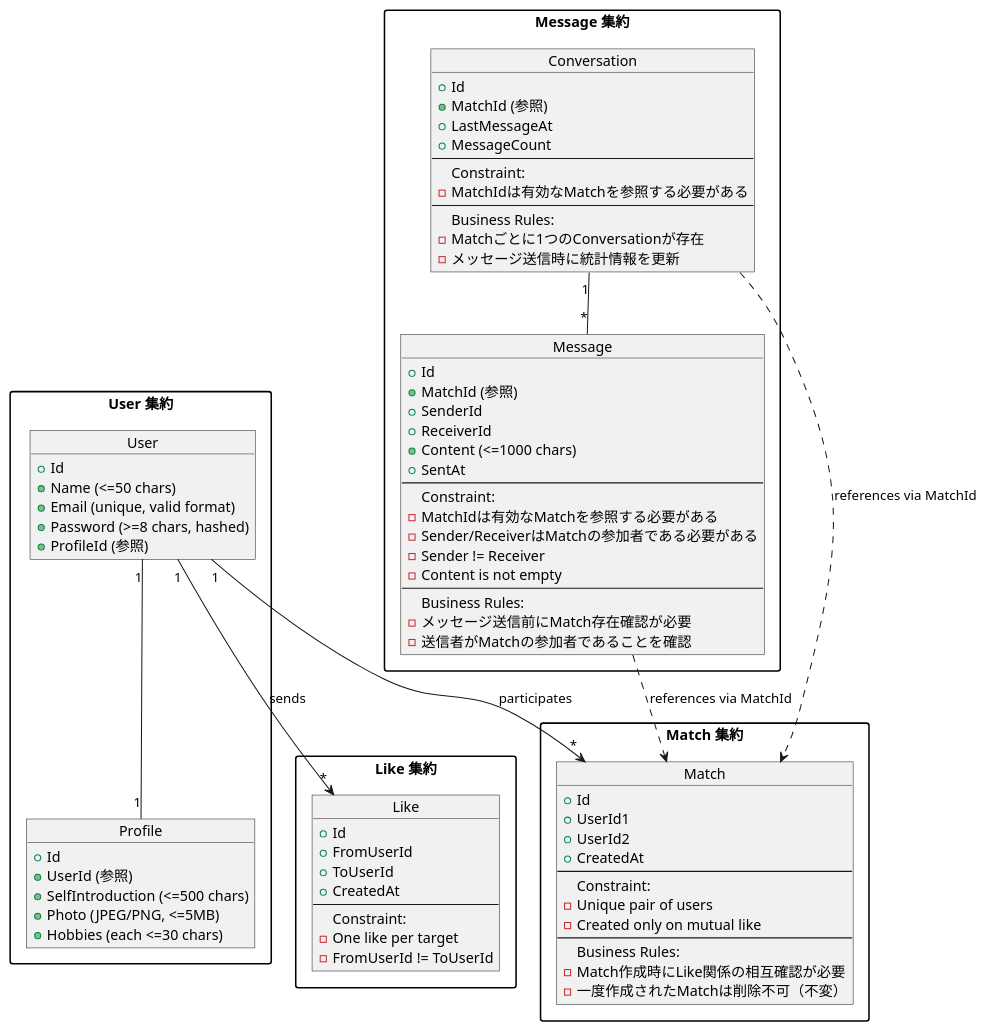
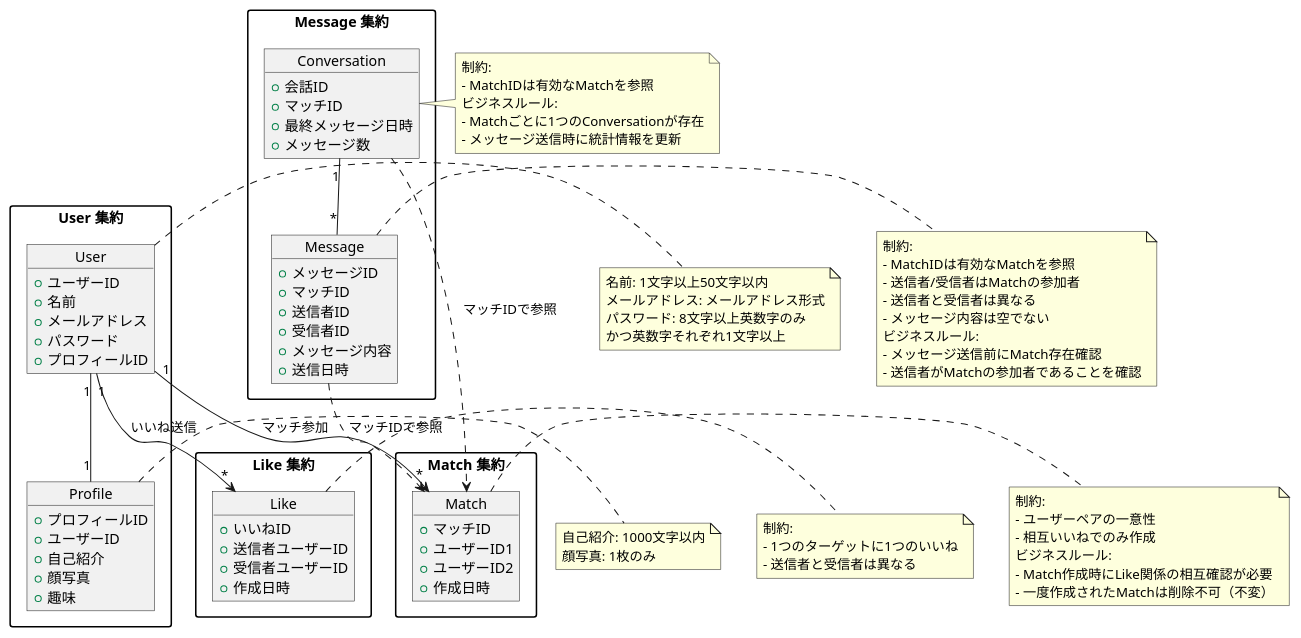
The diagram in docs/domain-model.pu (TakayukiHirano117/rails-matching-app-sample-ddd), drawn with PlantUML before and after one commit. The commit also changed 1 other file, not shown here.

Commit message:
[Update]ドメインモデル図の制約をnoteに分離

```diff
--- a/docs/domain-model.pu
+++ b/docs/domain-model.pu
@@ -1,101 +1,119 @@
 @startuml model
 skinparam packageStyle rectangle
 
 package "User 集約" {
   object User {
-    +Id
-    +Name (<=50 chars)
-    +Email (unique, valid format)
-    +Password (>=8 chars, hashed)
-    +ProfileId (参照)
+    +ユーザーID
+    +名前
+    +メールアドレス
+    +パスワード
+    +プロフィールID
   }
 
   object Profile {
-    +Id
-    +UserId (参照)
-    +SelfIntroduction (<=500 chars)
-    +Photo (JPEG/PNG, <=5MB)
-    +Hobbies (each <=30 chars)
+    +プロフィールID
+    +ユーザーID
+    +自己紹介
+    +顔写真
+    +趣味
   }
 
   User "1" -- "1" Profile
 }
 
 package "Like 集約" {
   object Like {
-    +Id
-    +FromUserId
-    +ToUserId
-    +CreatedAt
-    --
-    Constraint:
-    - One like per target
-    - FromUserId != ToUserId
+    +いいねID
+    +送信者ユーザーID
+    +受信者ユーザーID
+    +作成日時
   }
 }
 
 package "Match 集約" {
   object Match {
-    +Id
-    +UserId1
-    +UserId2
-    +CreatedAt
-    --
-    Constraint:
-    - Unique pair of users
-    - Created only on mutual like
-    --
-    Business Rules:
-    - Match作成時にLike関係の相互確認が必要
-    - 一度作成されたMatchは削除不可（不変）
+    +マッチID
+    +ユーザーID1
+    +ユーザーID2
+    +作成日時
   }
 }
 
 package "Message 集約" {
   object Message {
-    +Id
-    +MatchId (参照)
-    +SenderId
-    +ReceiverId
-    +Content (<=1000 chars)
-    +SentAt
-    --
-    Constraint:
-    - MatchIdは有効なMatchを参照する必要がある
-    - Sender/ReceiverはMatchの参加者である必要がある
-    - Sender != Receiver
-    - Content is not empty
-    --
-    Business Rules:
-    - メッセージ送信前にMatch存在確認が必要
-    - 送信者がMatchの参加者であることを確認
+    +メッセージID
+    +マッチID
+    +送信者ID
+    +受信者ID
+    +メッセージ内容
+    +送信日時
   }
 
   object Conversation {
-    +Id
-    +MatchId (参照)
-    +LastMessageAt
-    +MessageCount
-    --
-    Constraint:
-    - MatchIdは有効なMatchを参照する必要がある
-    --
-    Business Rules:
-    - Matchごとに1つのConversationが存在
-    - メッセージ送信時に統計情報を更新
+    +会話ID
+    +マッチID
+    +最終メッセージ日時
+    +メッセージ数
   }
 
   Conversation "1" -- "*" Message
 }
 
 ' 集約間の関係（DDDの原則に従い、直接的な関連は避ける）
-User "1" --> "*" Like : sends
-User "1" --> "*" Match : participates
+User "1" --> "*" Like : いいね送信
+User "1" --> "*" Match : マッチ参加
 
 ' Message集約はMatchIdを通じてMatch集約を参照（弱い関連）
-Message ..> Match : references via MatchId
-Conversation ..> Match : references via MatchId
+Message ..> Match : マッチIDで参照
+Conversation ..> Match : マッチIDで参照
+
+' バリデーションルール（validation-rules.mdより）
+note right of User
+  名前: 1文字以上50文字以内
+  メールアドレス: メールアドレス形式
+  パスワード: 8文字以上英数字のみ
+  かつ英数字それぞれ1文字以上
+end note
+
+note right of Profile
+  自己紹介: 1000文字以内
+  顔写真: 1枚のみ
+end note
+
+note right of Like
+  制約:
+  - 1つのターゲットに1つのいいね
+  - 送信者と受信者は異なる
+end note
+
+note right of Match
+  制約:
+  - ユーザーペアの一意性
+  - 相互いいねでのみ作成
+  ビジネスルール:
+  - Match作成時にLike関係の相互確認が必要
+  - 一度作成されたMatchは削除不可（不変）
+end note
+
+note right of Message
+  制約:
+  - MatchIDは有効なMatchを参照
+  - 送信者/受信者はMatchの参加者
+  - 送信者と受信者は異なる
+  - メッセージ内容は空でない
+  ビジネスルール:
+  - メッセージ送信前にMatch存在確認
+  - 送信者がMatchの参加者であることを確認
+end note
+
+note right of Conversation
+  制約:
+  - MatchIDは有効なMatchを参照
+  ビジネスルール:
+  - Matchごとに1つのConversationが存在
+  - メッセージ送信時に統計情報を更新
+end note
 
 ' 注意: 集約間の関係は参照による疎結合を保つ
 ' 実装時はRepository経由でのアクセスを想定
 @enduml
```
